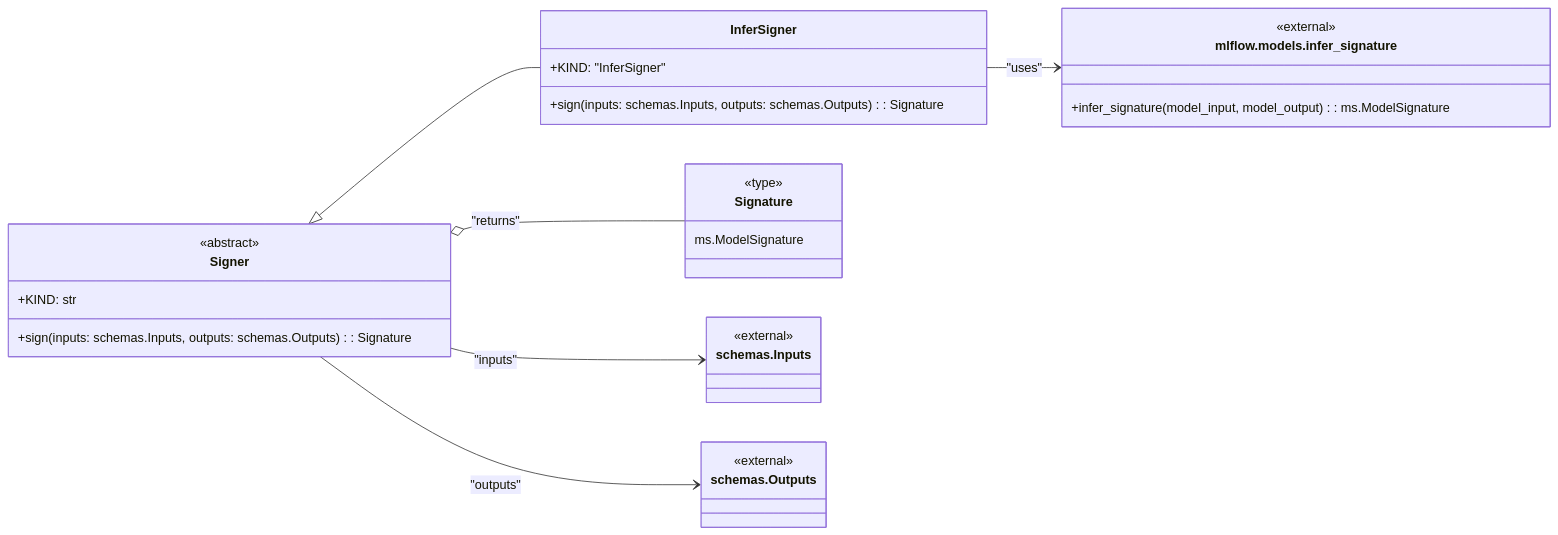
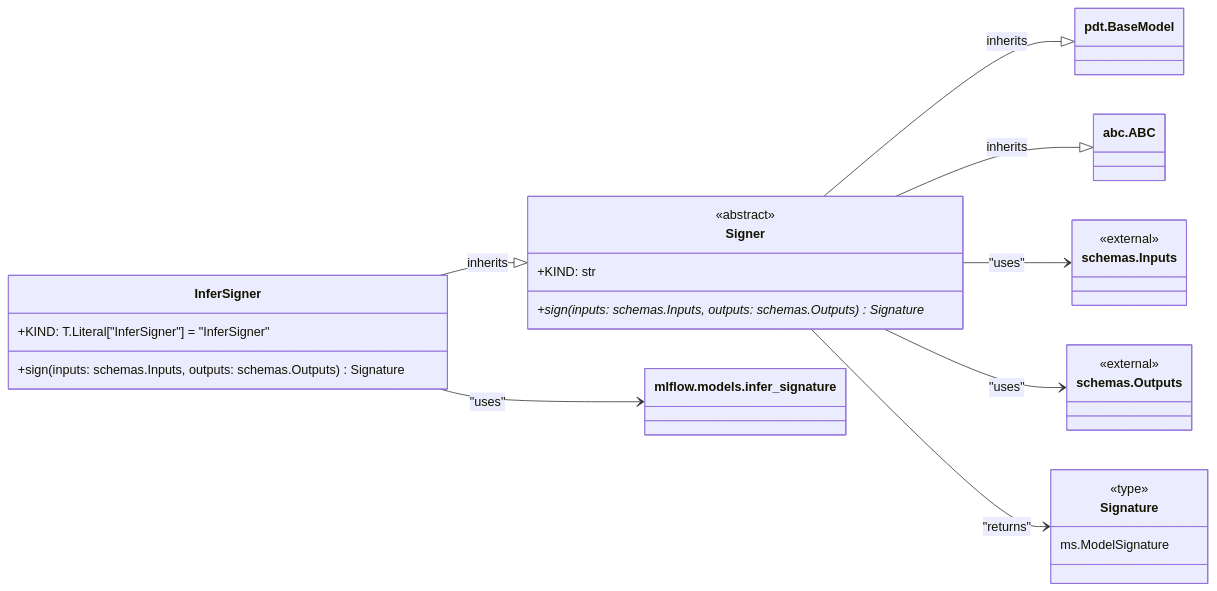
The diagram in Documents/Signers_stories.md (lgcorzo/mlops-python-package), drawn with Mermaid before and after one commit. The commit also changed other lines of this file and 21 other files, not shown here.

````diff
--- a/Documents/Signers_stories.md
+++ b/Documents/Signers_stories.md
@@ -18,40 +18,36 @@
 ```mermaid
 classDiagram
-direction LR
+    direction LR
 
     class Signer {
         <<abstract>>
         +KIND: str
-        +sign(inputs: schemas.Inputs, outputs: schemas.Outputs) : Signature
+        +sign(inputs: schemas.Inputs, outputs: schemas.Outputs) Signature*
     }
+    Signer --|> pdt.BaseModel : inherits
+    Signer --|> abc.ABC : inherits
 
     class InferSigner {
-        +KIND: "InferSigner"
-        +sign(inputs: schemas.Inputs, outputs: schemas.Outputs) : Signature
+        +KIND: T.Literal["InferSigner"] = "InferSigner"
+        +sign(inputs: schemas.Inputs, outputs: schemas.Outputs) Signature
     }
+    InferSigner --|> Signer : inherits
 
     class Signature {
         <<type>>
         ms.ModelSignature
     }
 
     class schemas.Inputs {
         <<external>>
     }
 
     class schemas.Outputs {
         <<external>>
     }
 
-    class mlflow.models.infer_signature {
-        <<external>>
-        +infer_signature(model_input, model_output) : ms.ModelSignature
-    }
-
-    Signer <|-- InferSigner
-    Signer o-- Signature : "returns"
-    Signer --> schemas.Inputs : "inputs"
-    Signer --> schemas.Outputs : "outputs"
+    Signer --> schemas.Inputs : "uses"
+    Signer --> schemas.Outputs : "uses"
+    Signer --> Signature : "returns"
     InferSigner --> mlflow.models.infer_signature : "uses"
-
 ```
````
